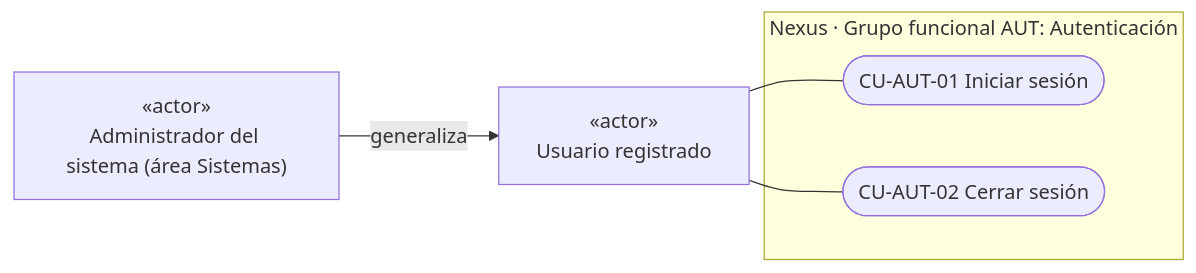
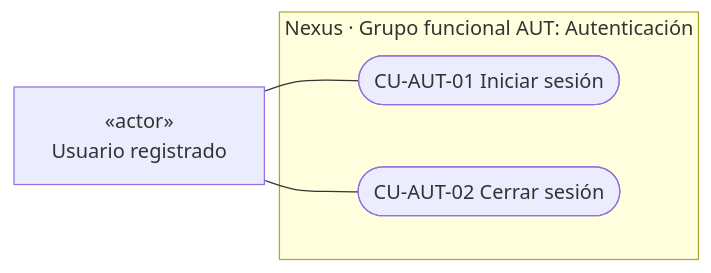
The second of 8 diagrams in docs/requirements/domain-and-use-cases.md (gpgsistemas01/nexus), drawn with Mermaid before and after one commit. The commit also changed other lines of this file, not shown here.

````diff
--- a/docs/requirements/domain-and-use-cases.md
+++ b/docs/requirements/domain-and-use-cases.md
@@ -92,14 +94,12 @@
 ```mermaid
 flowchart LR
     user["«actor»<br/>Usuario registrado"]
-    admin["«actor»<br/>Administrador del sistema (área Sistemas)"]
-    admin -- "generaliza" --> user
 
     subgraph authPackage["Nexus · Grupo funcional AUT: Autenticación"]
         ucLogin(["CU-AUT-01 Iniciar sesión"])
         ucLogout(["CU-AUT-02 Cerrar sesión"])
     end
 
     user --- ucLogin
     user --- ucLogout
 ```
````
